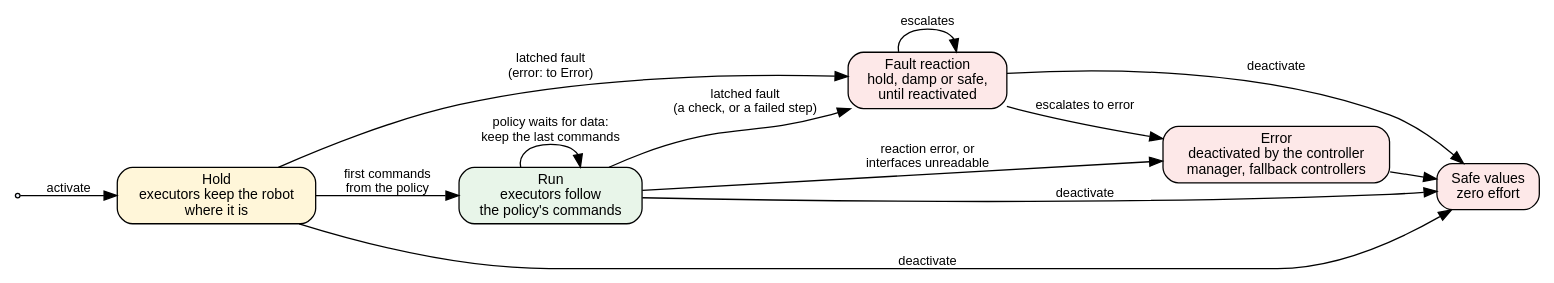
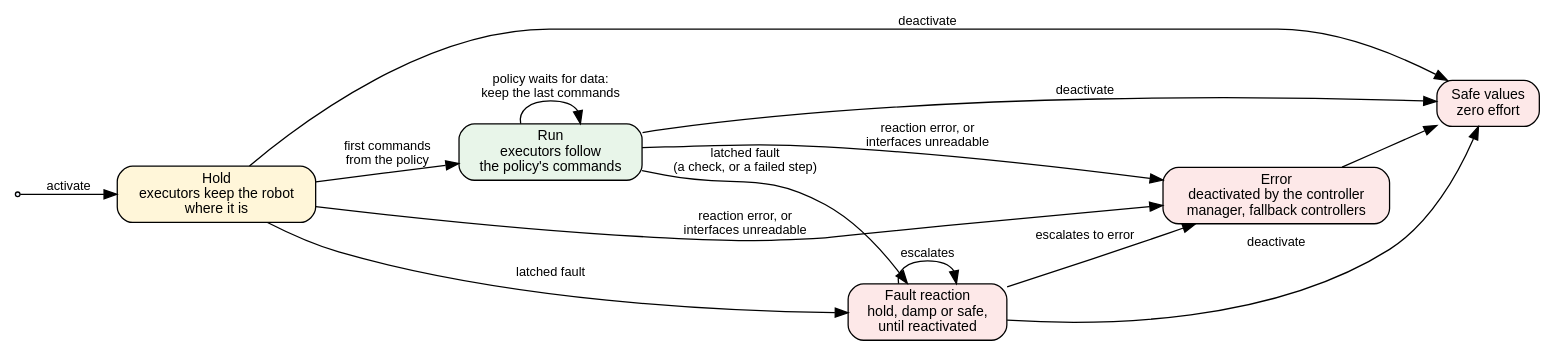
Before and after one commit to saikishor/ros2_policy_framework: the first of 3 diagrams in docs/safety.rst, drawn with Graphviz. The commit also changed other lines of this file, not shown here.

```diff
--- a/docs/safety.rst
+++ b/docs/safety.rst
@@ -10,25 +12,26 @@
 .. graphviz::
 
    digraph lifecycle {
      rankdir=LR;
      node [shape=box, style="rounded,filled", fillcolor="#eef3fb", fontname="Helvetica", fontsize=11];
      edge [fontname="Helvetica", fontsize=10];
      start [shape=point];
      hold [label="Hold\nexecutors keep the robot\nwhere it is", fillcolor="#fff6d9"];
      run [label="Run\nexecutors follow\nthe policy's commands", fillcolor="#e8f5e9"];
      safe [label="Safe values\nzero effort", fillcolor="#fde8e8"];
      fault [label="Fault reaction\nhold, damp or safe,\nuntil reactivated", fillcolor="#fde8e8"];
      error [label="Error\ndeactivated by the controller\nmanager, fallback controllers", fillcolor="#fde8e8"];
      start -> hold [label="activate"];
      hold -> run [label="first commands\nfrom the policy"];
      run -> run [label="policy waits for data:\nkeep the last commands"];
-     hold -> fault [label="latched fault\n(error: to Error)"];
+     hold -> fault [label="latched fault"];
+     hold -> error [label="reaction error, or\ninterfaces unreadable"];
      run -> fault [label="latched fault\n(a check, or a failed step)"];
      fault -> fault [label="escalates"];
      run -> error [label="reaction error, or\ninterfaces unreadable"];
      fault -> error [label="escalates to error"];
      error -> safe;
      hold -> safe [label="deactivate"];
      run -> safe [label="deactivate"];
      fault -> safe [label="deactivate"];
    }
```
